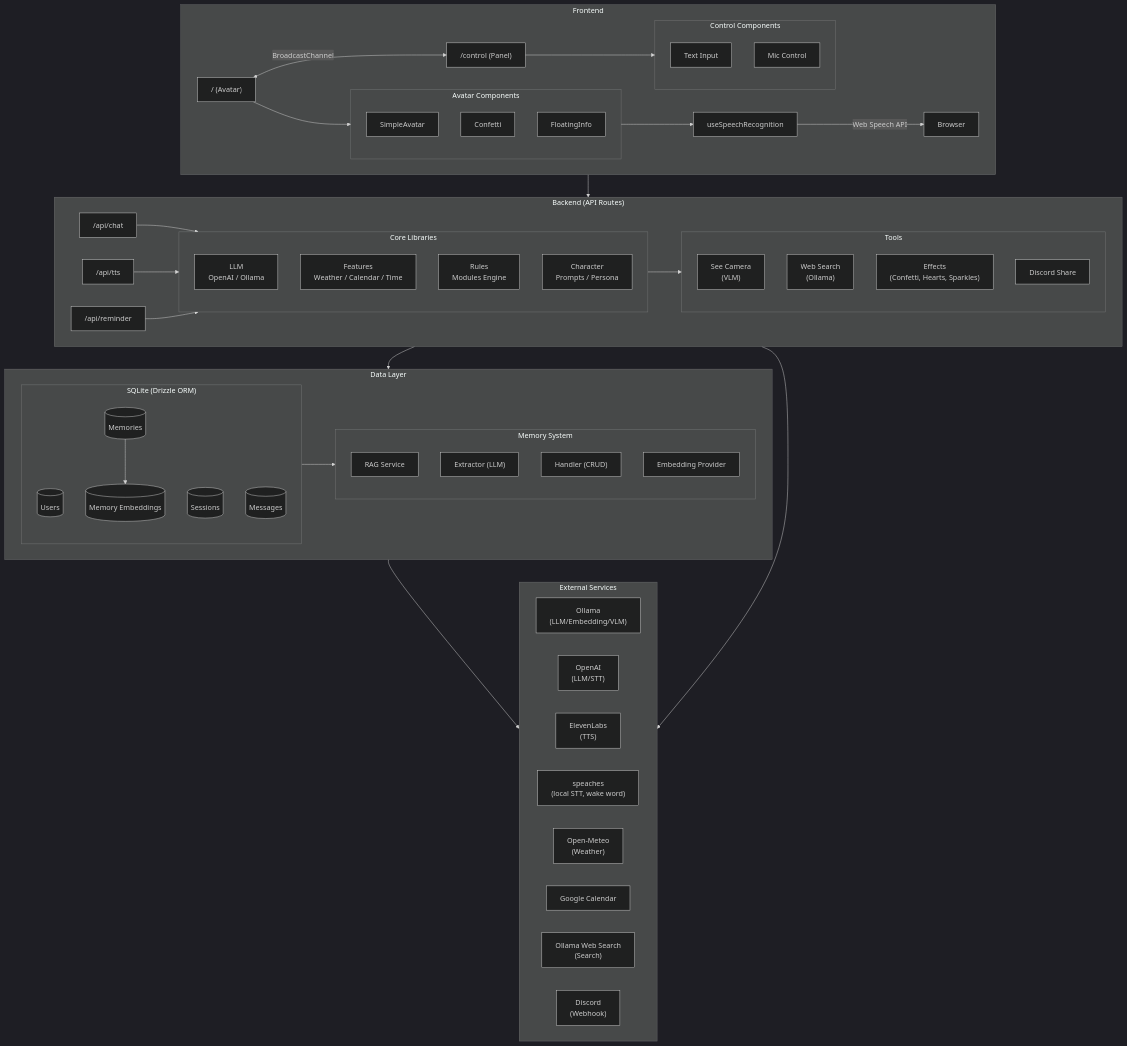
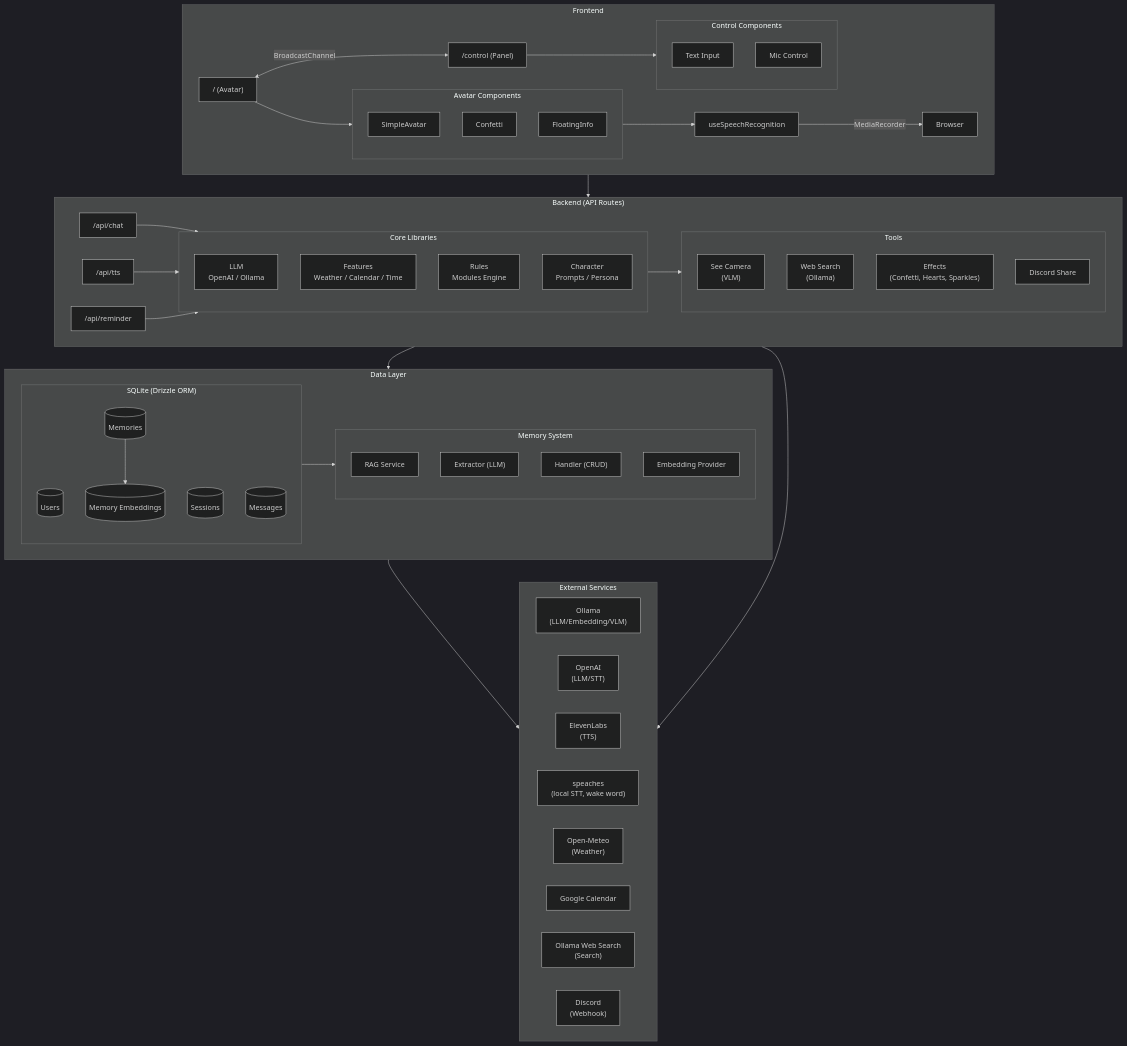
The diagram in docs/guide/architecture.md (barrax63/mirrormate), drawn with Mermaid (dark theme) before and after one commit. The commit also changed other lines of this file and 26 other files, not shown here.

First line of the commit message:
feat: remove Web Speech, so voice always goes through Whisper (#28)

```diff
--- a/docs/guide/architecture.md
+++ b/docs/guide/architecture.md
@@ -27,7 +25,7 @@
         Avatar --> AvatarComponents
         Control --> ControlComponents
         AvatarComponents --> SpeechRecog["useSpeechRecognition"]
-        SpeechRecog -->|Web Speech API| Browser["Browser"]
+        SpeechRecog -->|MediaRecorder| Browser["Browser"]
     end
 
     subgraph Backend["Backend (API Routes)"]
```
